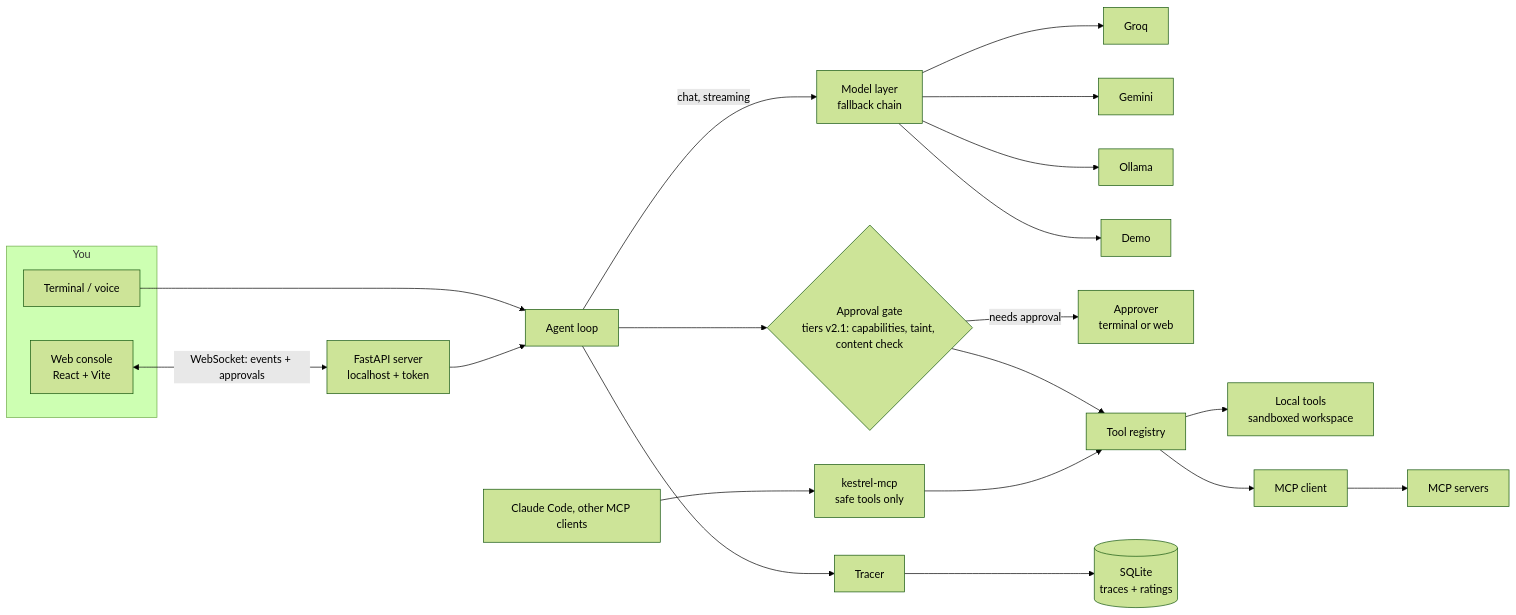
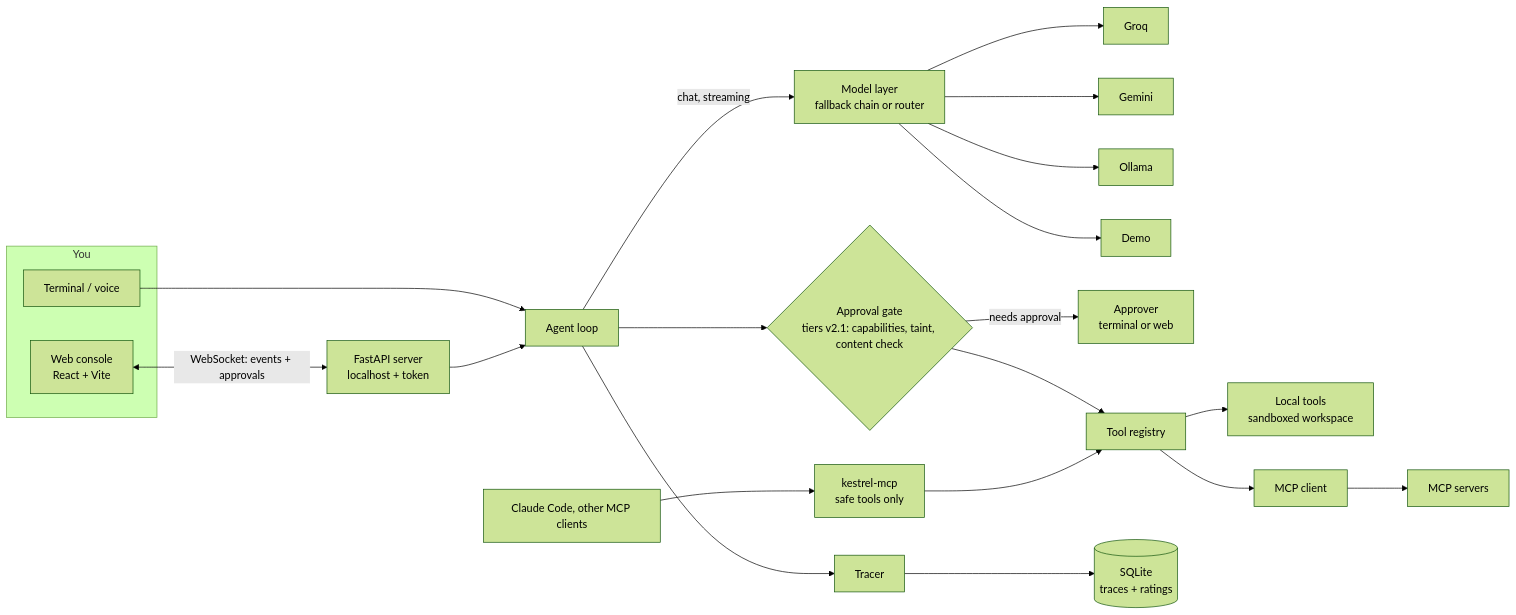
One commit to Ecko-maker/kestrel changed the diagram in README.md. Above: the diagram before and after it, drawn with Mermaid (forest theme). The commit also changed other lines of this file, not shown here.

````diff
--- a/README.md
+++ b/README.md
@@ -118,19 +113,19 @@
 ```mermaid
 flowchart LR
     subgraph clients [You]
         T[Terminal / voice]
         W[Web console<br/>React + Vite]
     end
     W <-->|WebSocket: events + approvals| S[FastAPI server<br/>localhost + token]
     T --> A
     S --> A[Agent loop]
-    A -->|chat, streaming| F[Model layer<br/>fallback chain]
+    A -->|chat, streaming| F[Model layer<br/>fallback chain or router]
     F --> P1[Groq] & P2[Gemini] & P3[Ollama] & P4[Demo]
     A --> G{Approval gate<br/>tiers v2.1: capabilities, taint, content check}
     G -->|needs approval| AP[Approver<br/>terminal or web]
     G --> R[Tool registry]
     R --> L[Local tools<br/>sandboxed workspace]
     R --> M[MCP client] --> MS[MCP servers]
     A --> TR[Tracer] --> DB[(SQLite<br/>traces + ratings)]
     C[Claude Code, other MCP clients] --> KM[kestrel-mcp<br/>safe tools only] --> R
 ```
````
